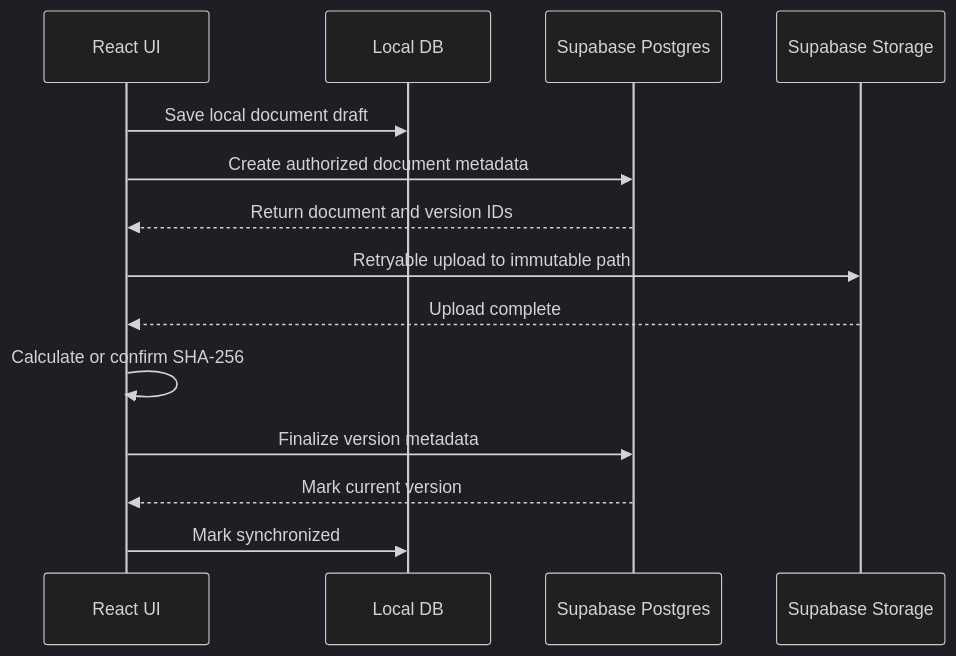
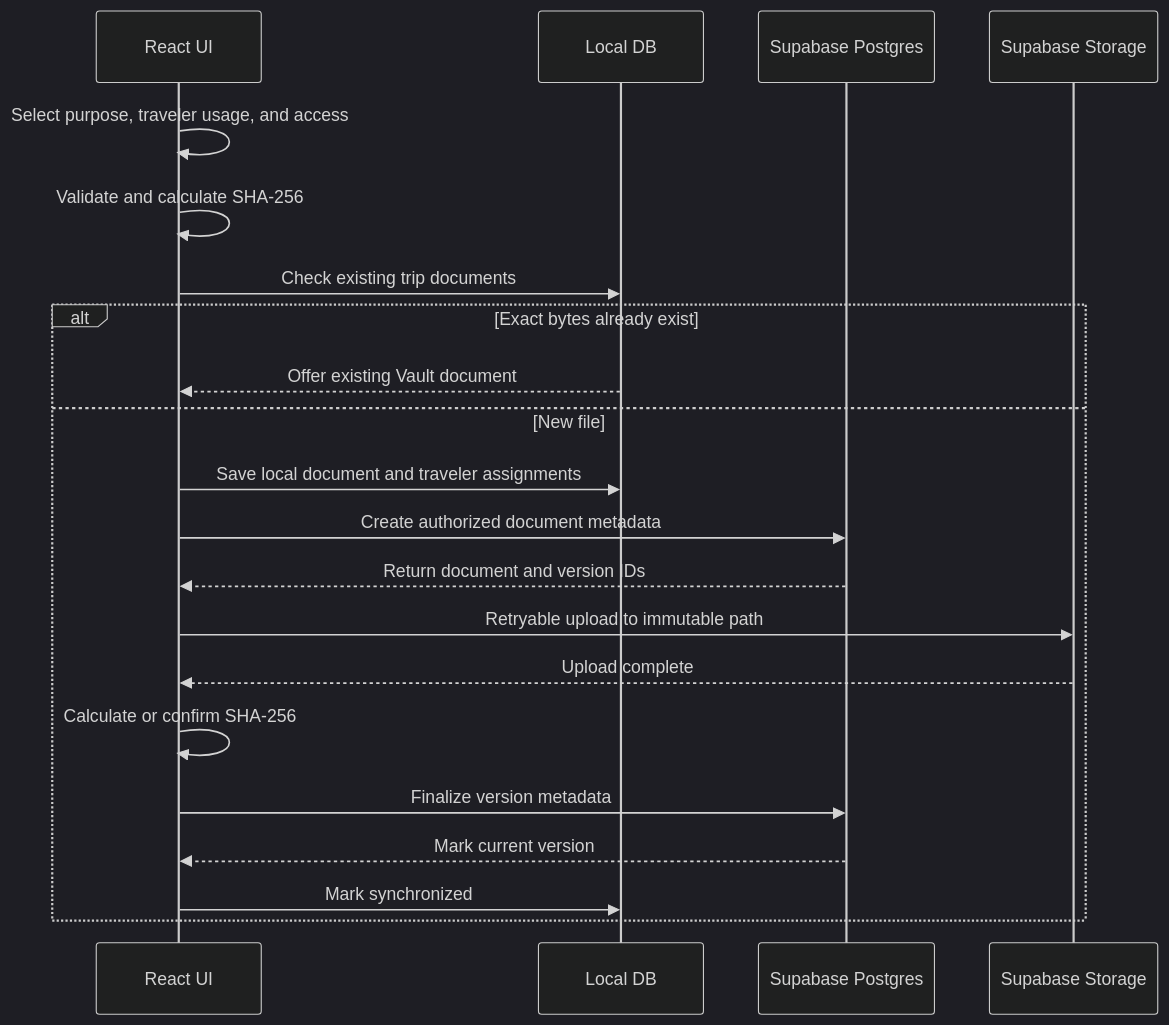
The fourth of 13 diagrams in docs/LOW_LEVEL_DESIGN.md (shantanu1258/trip-vault), drawn with Mermaid (dark theme) before and after one commit. The commit also changed other lines of this file and 61 other files, not shown here.

First line of the commit message:
feat: redesign trip timeline and document experience

````diff
--- a/docs/LOW_LEVEL_DESIGN.md
+++ b/docs/LOW_LEVEL_DESIGN.md
@@ -915,16 +954,23 @@
 ```mermaid
 sequenceDiagram
     participant UI as React UI
     participant L as Local DB
     participant DB as Supabase Postgres
     participant S as Supabase Storage
-    UI->>L: Save local document draft
+    UI->>UI: Select purpose, traveler usage, and access
+    UI->>UI: Validate and calculate SHA-256
+    UI->>L: Check existing trip documents
+    alt Exact bytes already exist
+      L-->>UI: Offer existing Vault document
+    else New file
+    UI->>L: Save local document and traveler assignments
     UI->>DB: Create authorized document metadata
     DB-->>UI: Return document and version IDs
     UI->>S: Retryable upload to immutable path
     S-->>UI: Upload complete
     UI->>UI: Calculate or confirm SHA-256
     UI->>DB: Finalize version metadata
     DB-->>UI: Mark current version
     UI->>L: Mark synchronized
+    end
 ```
````
